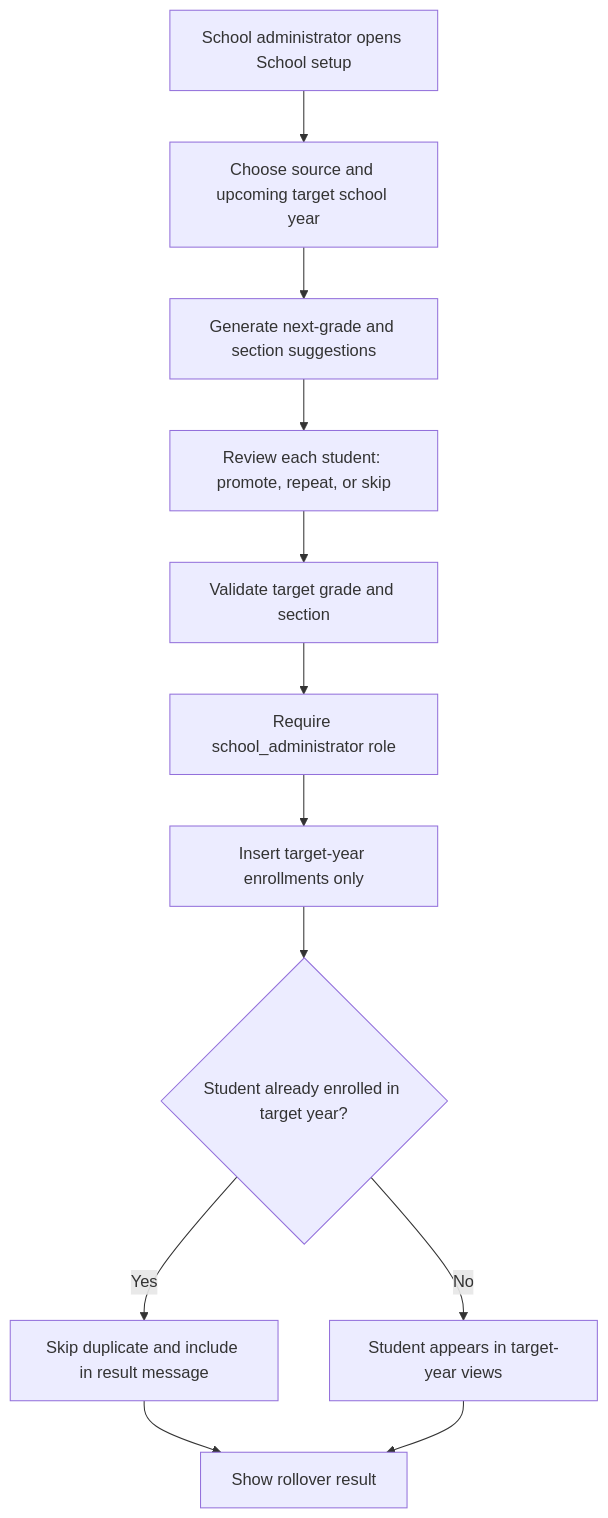
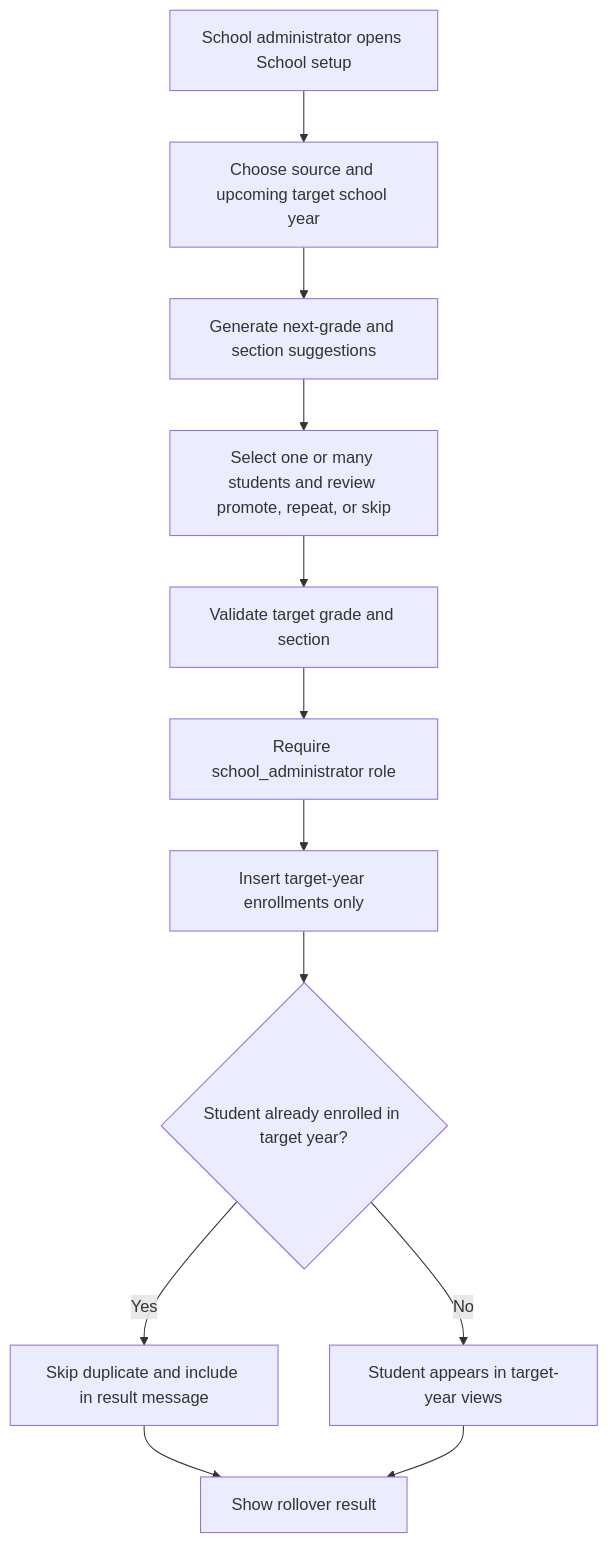
One commit to Xeyn19/xmetapay changed the seventh of 21 diagrams in docs/PROJECT_FLOWCHARTS.md. Above: the diagram before and after it, drawn with Mermaid. The commit also changed other lines of this file and 8 other files, not shown here.

````diff
--- a/docs/PROJECT_FLOWCHARTS.md
+++ b/docs/PROJECT_FLOWCHARTS.md
@@ -272,14 +272,14 @@
 ```mermaid
 flowchart TD
   A["School administrator opens School setup"] --> B["Choose source and upcoming target school year"]
   B --> C["Generate next-grade and section suggestions"]
-  C --> D["Review each student: promote, repeat, or skip"]
+  C --> D["Select one or many students and review promote, repeat, or skip"]
   D --> E["Validate target grade and section"]
   E --> F["Require school_administrator role"]
   F --> G["Insert target-year enrollments only"]
   G --> H{"Student already enrolled in target year?"}
   H -->|Yes| I["Skip duplicate and include in result message"]
   H -->|No| J["Student appears in target-year views"]
   I --> K["Show rollover result"]
   J --> K
 ```
````
